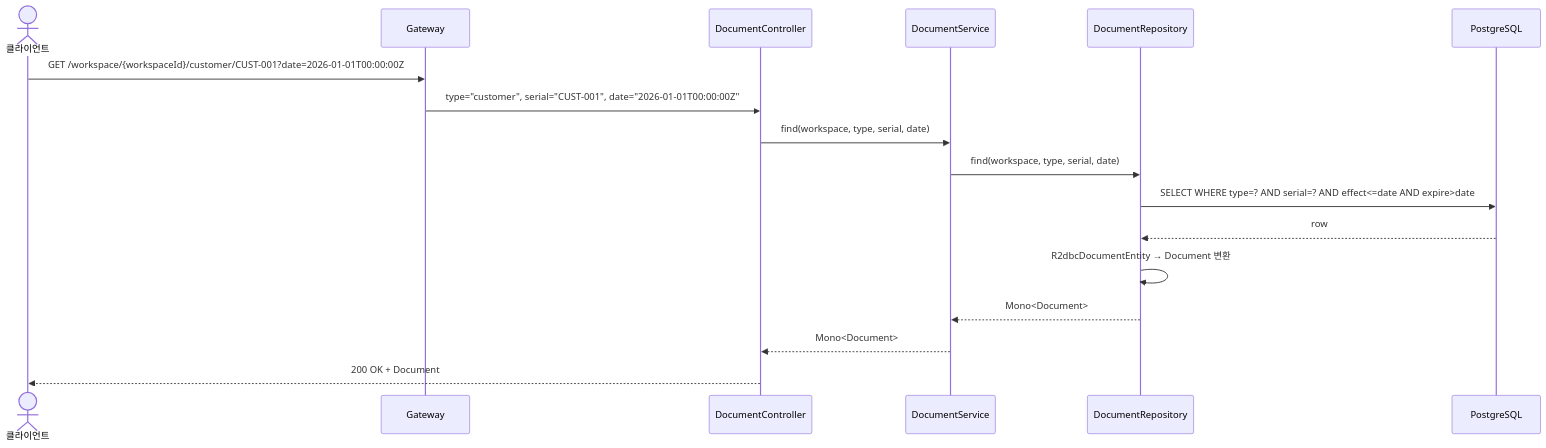
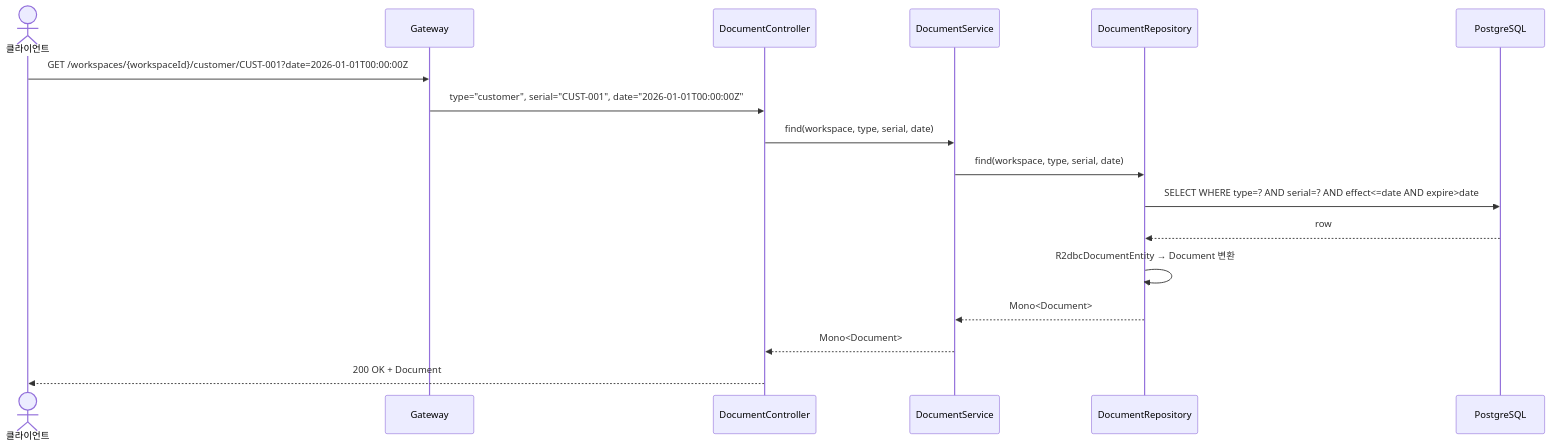
The second of 4 diagrams in document-query/USECASE.md (sayaya1090/handbook), drawn with Mermaid before and after one commit. The commit also changed other lines of this file and 58 other files, not shown here.

````diff
--- a/document-query/USECASE.md
+++ b/document-query/USECASE.md
@@ -29,20 +29,20 @@
 ```mermaid
 sequenceDiagram
     actor Client as 클라이언트
     participant GW as Gateway
     participant Ctrl as DocumentController
     participant Svc as DocumentService
     participant Repo as DocumentRepository
     participant DB as PostgreSQL
 
-    Client->>GW: GET /workspace/{workspaceId}/customer/CUST-001?date=2026-01-01T00:00:00Z
+    Client->>GW: GET /workspaces/{workspaceId}/customer/CUST-001?date=2026-01-01T00:00:00Z
     GW->>Ctrl: type="customer", serial="CUST-001", date="2026-01-01T00:00:00Z"
     Ctrl->>Svc: find(workspace, type, serial, date)
     Svc->>Repo: find(workspace, type, serial, date)
     Repo->>DB: SELECT WHERE type=? AND serial=? AND effect<=date AND expire>date
     DB-->>Repo: row
     Repo->>Repo: R2dbcDocumentEntity → Document 변환
     Repo-->>Svc: Mono<Document>
     Svc-->>Ctrl: Mono<Document>
     Ctrl-->>Client: 200 OK + Document
 ```
````
